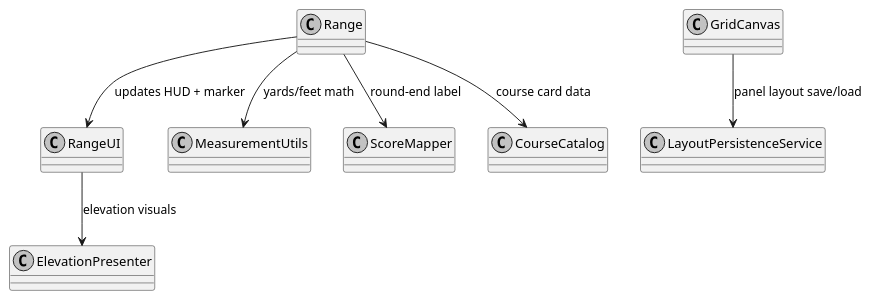
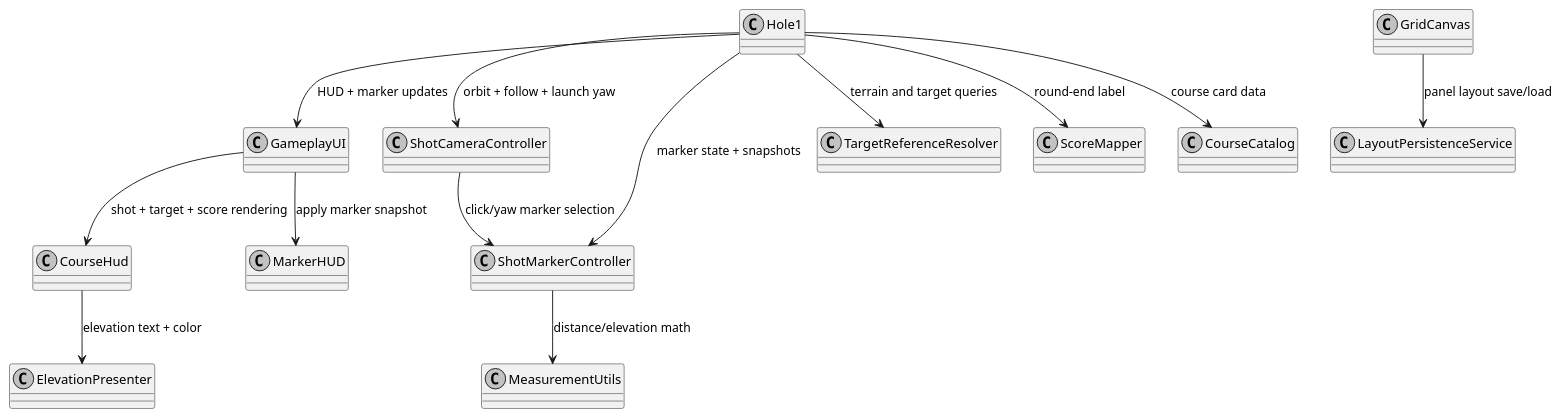
Before and after one commit to digitalhand/openfairway: the diagram in README.md, drawn with PlantUML. The commit also changed other lines of this file and 17 other files, not shown here.

````diff
--- a/README.md
+++ b/README.md
@@ -155,22 +171,33 @@
 ```plantuml
 @startuml
 skinparam monochrome true
 
-class Range
-class RangeUI
+class GameplayUI
+class CourseHud
+class MarkerHUD
+class ShotCameraController
+class ShotMarkerController
+class TargetReferenceResolver
 class MeasurementUtils
 class ElevationPresenter
 class LayoutPersistenceService
+class GridCanvas
 class ScoreMapper
 class CourseCatalog
-class GridCanvas
+class Hole1
 
-Range --> RangeUI : updates HUD + marker
-Range --> MeasurementUtils : yards/feet math
-Range --> ScoreMapper : round-end label
-Range --> CourseCatalog : course card data
-RangeUI --> ElevationPresenter : elevation visuals
+Hole1 --> ShotCameraController : orbit + follow + launch yaw
+Hole1 --> ShotMarkerController : marker state + snapshots
+Hole1 --> TargetReferenceResolver : terrain and target queries
+Hole1 --> GameplayUI : HUD + marker updates
+Hole1 --> ScoreMapper : round-end label
+Hole1 --> CourseCatalog : course card data
+ShotCameraController --> ShotMarkerController : click/yaw marker selection
+ShotMarkerController --> MeasurementUtils : distance/elevation math
+GameplayUI --> CourseHud : shot + target + score rendering
+GameplayUI --> MarkerHUD : apply marker snapshot
+CourseHud --> ElevationPresenter : elevation text + color
 GridCanvas --> LayoutPersistenceService : panel layout save/load
 
 @enduml
 ```
````
